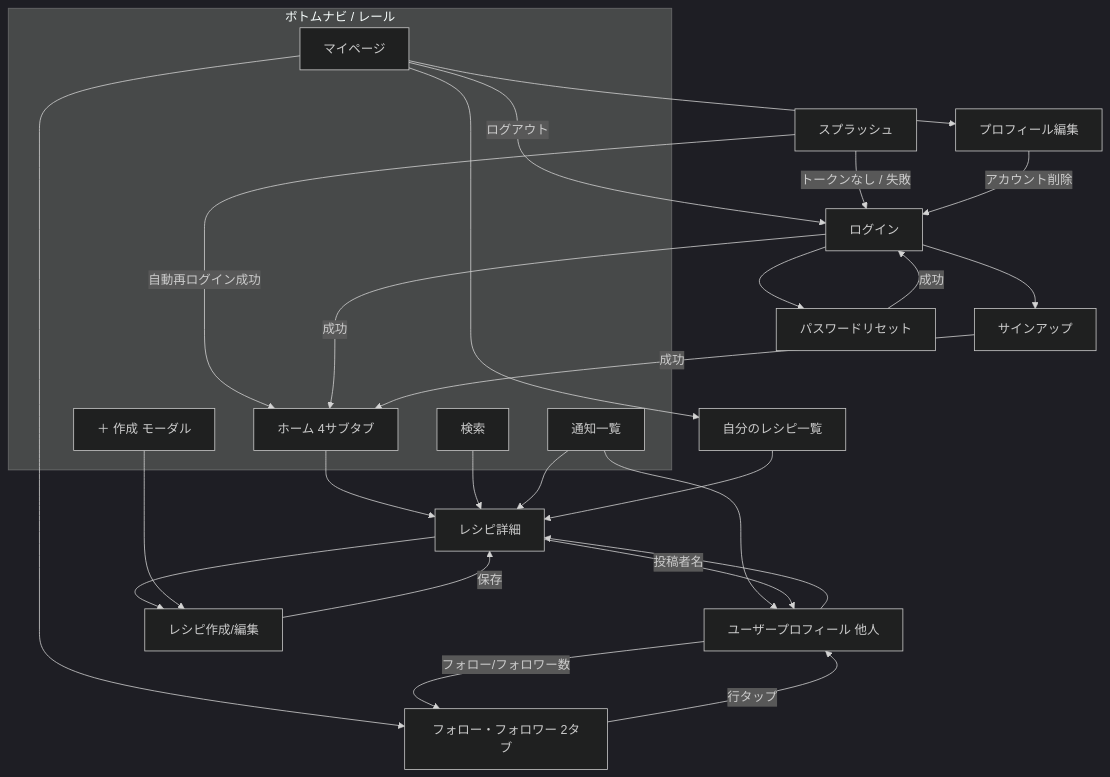
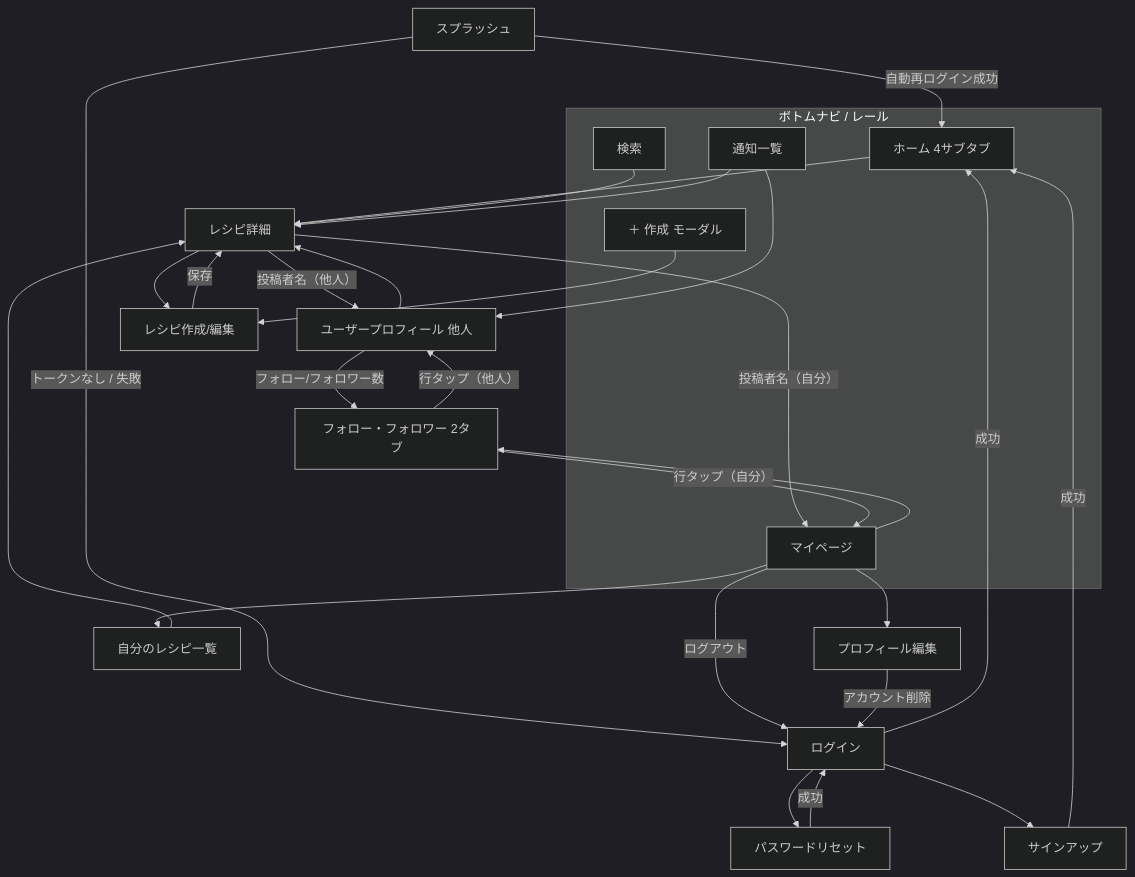
The first of 7 diagrams in docs/requirements/screens/transitions.md (yamamotonaoki3/Recipi), drawn with Mermaid (dark theme) before and after one commit. The commit also changed other lines of this file and 2 other files, not shown here.

Commit message:
docs: 画面の実装レイヤー図を navigation.md に追加
- ナビゲーション階層図（エントリ → 認証フロー / メインシェル → 5 destination →
  各画面 → push される画面 / モーダル）
- 1 画面の内部レイヤー図（画面 Composable → 状態保持層 → データ取得層 →
  Ktor Client → API、shared モジュール / 共通コンポーネントの位置づけ）
- 状態管理 / DI / ナビゲーションの具体ライブラリは未確定である旨を明記
- 全体遷移図・検索フロー図に投稿者名 / 行タップの self（マイページ）/ other
  （ユーザープロフィール）分岐を追加（Codex 指摘）

Codex レビュー指摘ゼロ。

````diff
--- a/docs/requirements/screens/transitions.md
+++ b/docs/requirements/screens/transitions.md
@@ -7,39 +7,41 @@
 ```mermaid
 flowchart TD
     Splash[スプラッシュ]
     Splash -->|自動再ログイン成功| Home
     Splash -->|トークンなし / 失敗| Login[ログイン]
 
     Login --> Signup[サインアップ]
     Login --> PwReset[パスワードリセット]
     Login -->|成功| Home
     Signup -->|成功| Home
     PwReset -->|成功| Login
 
     subgraph BottomNav[ボトムナビ / レール]
       Home[ホーム 4サブタブ]
       Search[検索]
       Create[＋ 作成 モーダル]
       Notif[通知一覧]
       MyPage[マイページ]
     end
 
     Home --> Detail[レシピ詳細]
     Search --> Detail
     Notif --> Detail
     Notif --> UserProfile[ユーザープロフィール 他人]
     MyPage --> MyRecipes[自分のレシピ一覧]
     MyPage --> Connections[フォロー・フォロワー 2タブ]
     MyPage --> ProfileEdit[プロフィール編集]
     MyPage -->|ログアウト| Login
 
     Detail --> Editor[レシピ作成/編集]
     Create --> Editor
     Editor -->|保存| Detail
-    Detail -->|投稿者名| UserProfile
+    Detail -->|投稿者名（他人）| UserProfile
+    Detail -->|投稿者名（自分）| MyPage
     MyRecipes --> Detail
     UserProfile --> Detail
     UserProfile -->|フォロー/フォロワー数| Connections
-    Connections -->|行タップ| UserProfile
+    Connections -->|行タップ（他人）| UserProfile
+    Connections -->|行タップ（自分）| MyPage
     ProfileEdit -->|アカウント削除| Login
 ```
````
